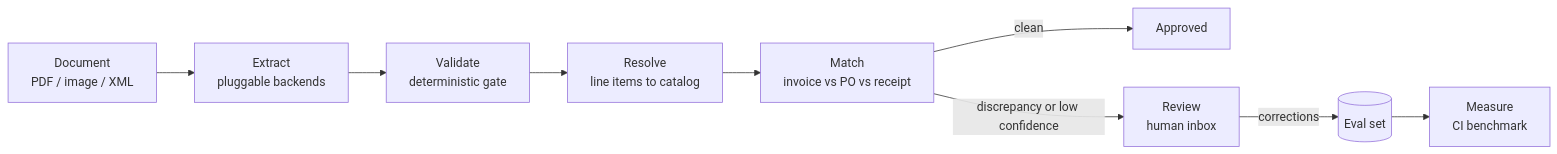
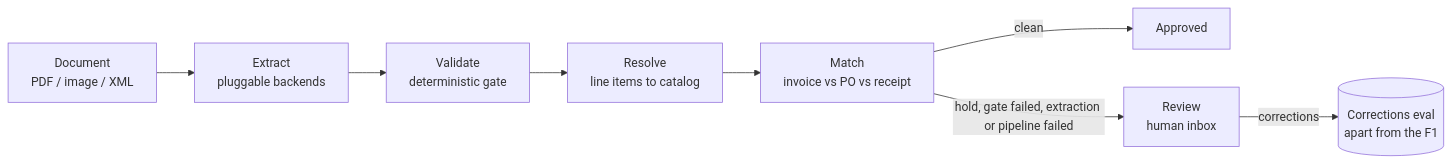
Before and after one commit to franklinmdev/docmatch: the diagram in README.md, drawn with Mermaid. The commit also changed other lines of this file, not shown here.

First line of the commit message:
📝 docs(readme): route the diagram's review edge on what the loop routes

````diff
--- a/README.md
+++ b/README.md
@@ -25,11 +25,10 @@
 ```mermaid
 flowchart LR
   A["Document<br/>PDF / image / XML"] --> B["Extract<br/>pluggable backends"]
   B --> C["Validate<br/>deterministic gate"]
   C --> D["Resolve<br/>line items to catalog"]
   D --> E["Match<br/>invoice vs PO vs receipt"]
   E -->|clean| F["Approved"]
-  E -->|discrepancy or low confidence| G["Review<br/>human inbox"]
-  G -->|corrections| H[("Eval set")]
-  H --> I["Measure<br/>CI benchmark"]
+  E -->|hold, gate failed, extraction or pipeline failed| G["Review<br/>human inbox"]
+  G -->|corrections| H[("Corrections eval<br/>apart from the F1")]
 ```
````
